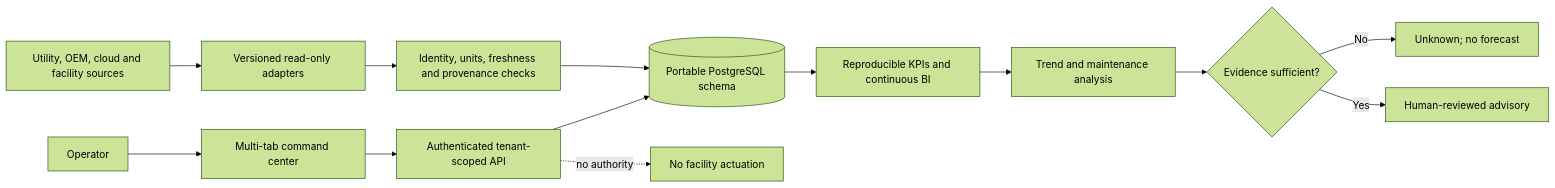
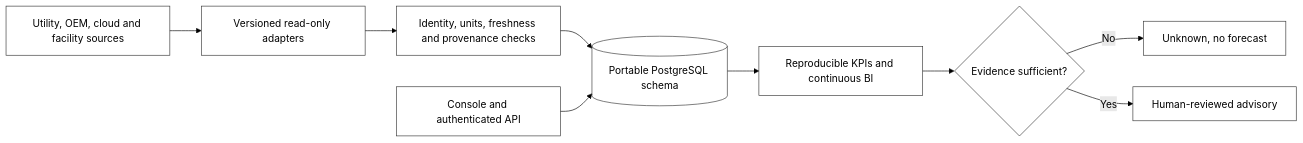
Before and after one commit to zqf20096327/dbhub_collect: the first of 2 diagrams in data/readmes/AAH20__data-center-commander.md, drawn with Mermaid (forest theme). The commit also changed other lines of this file and 404 other files, not shown here.

````diff
--- a/data/readmes/AAH20__data-center-commander.md
+++ b/data/readmes/AAH20__data-center-commander.md
@@ -63,15 +64,13 @@
 ```mermaid
 flowchart LR
   SRC[Utility, OEM, cloud and facility sources] --> ADAPTER[Versioned read-only adapters]
   ADAPTER --> QUALITY[Identity, units, freshness and provenance checks]
   QUALITY --> DB[(Portable PostgreSQL schema)]
-  OP[Operator] --> UI[Multi-tab command center]
-  UI --> API[Authenticated tenant-scoped API]
-  API --> DB
+  CONSOLE[Console and authenticated API] --> DB
   DB --> BI[Reproducible KPIs and continuous BI]
-  BI --> MODELS[Trend and maintenance analysis]
-  MODELS --> GATE{Evidence sufficient?}
-  GATE -->|No| UNKNOWN[Unknown; no forecast]
+  BI --> GATE{Evidence sufficient?}
+  GATE -->|No| UNKNOWN[Unknown, no forecast]
   GATE -->|Yes| REC[Human-reviewed advisory]
-  API -. no authority .-> SAFE[No facility actuation]
+  classDef plain fill:none,stroke:#333,stroke-width:1px
+  class SRC,ADAPTER,QUALITY,DB,CONSOLE,BI,GATE,UNKNOWN,REC plain
 ```
````
